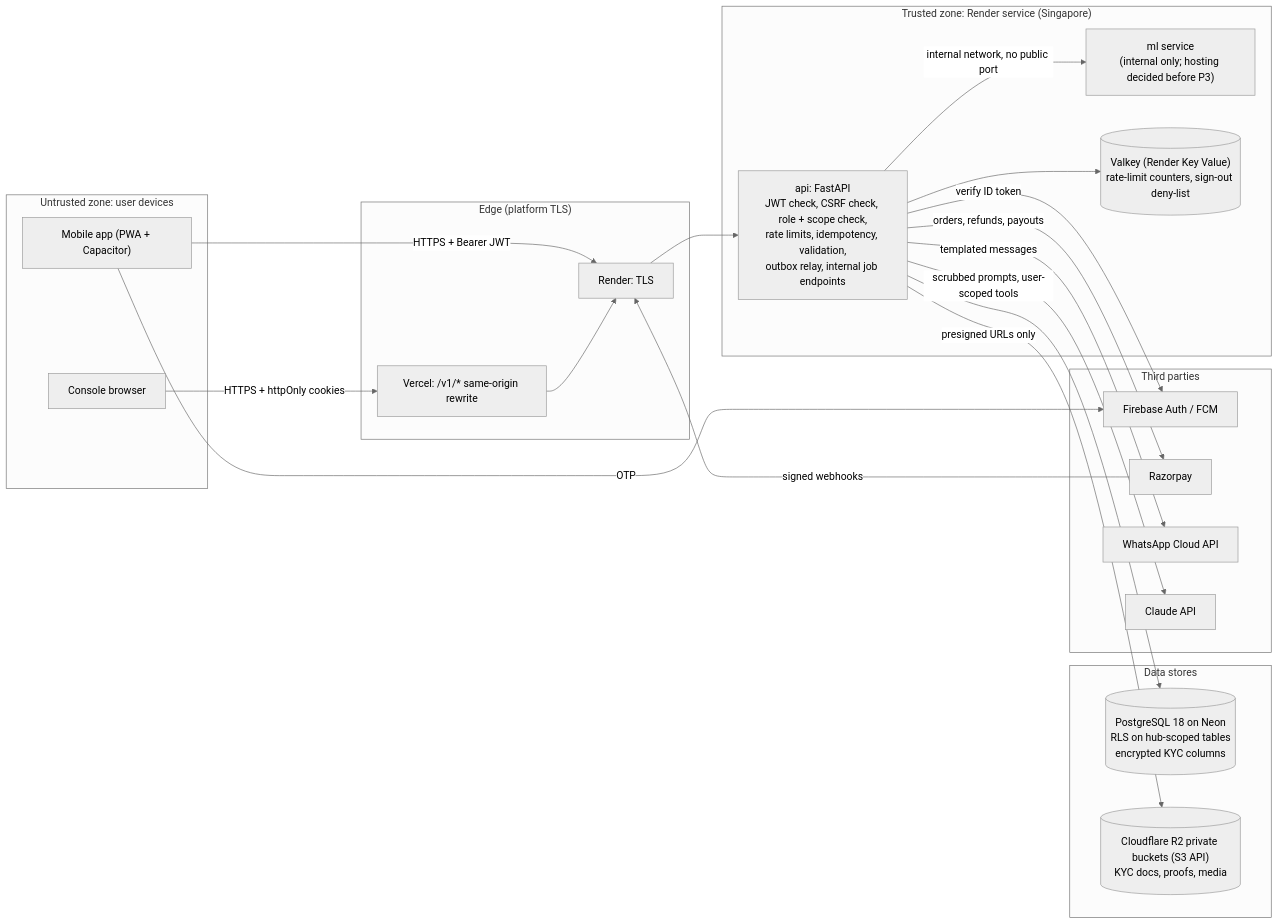
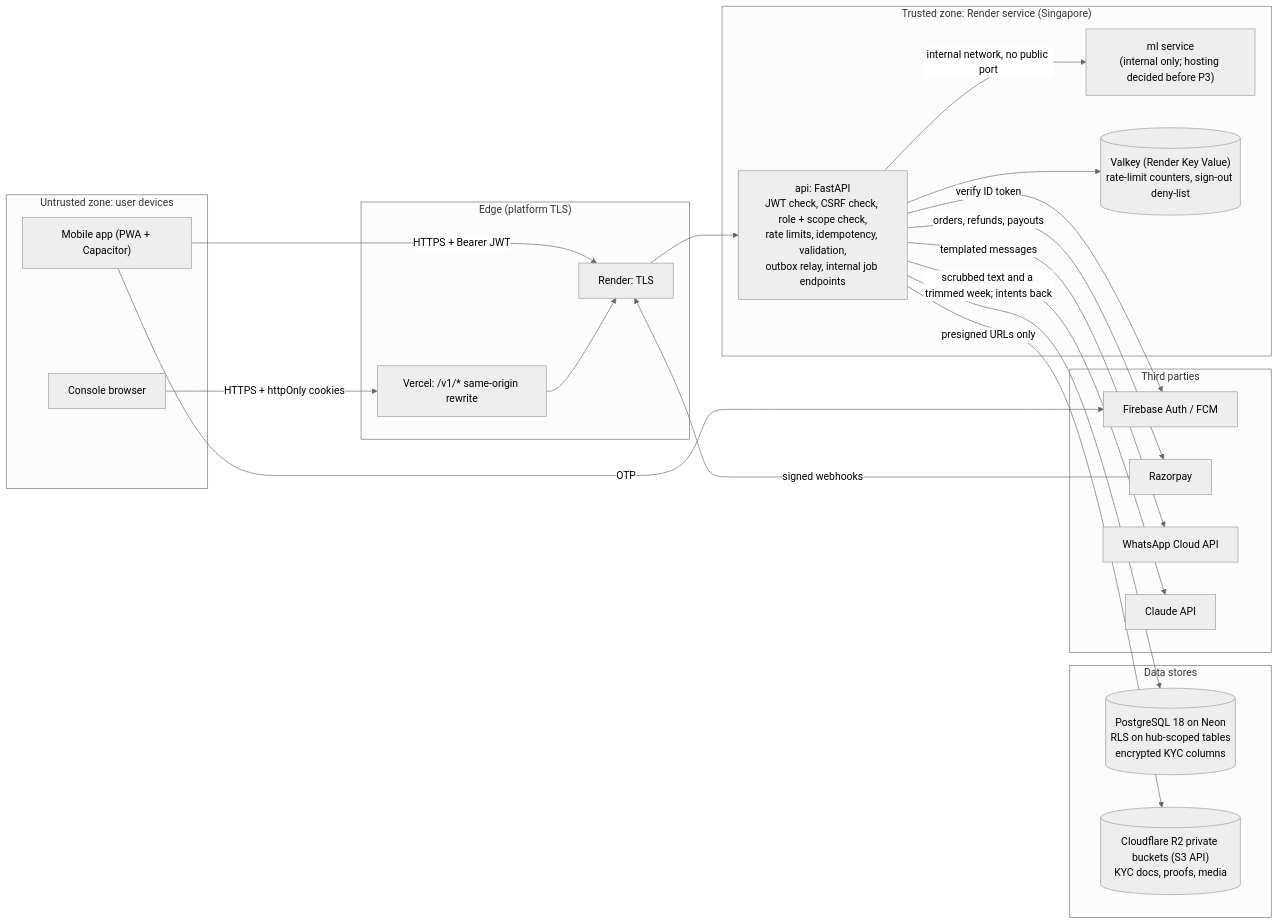
The diagram in docs/handbook/13-security-and-compliance.md (prelekar7/GharBasket), drawn with Mermaid (neutral theme) before and after one commit. The commit also changed other lines of this file and 5 other files, not shown here.

First line of the commit message:
docs(assistant): M13 §3 and the handbooks describe the 8 Oct data flow (scrubbed text and a trimmed week out, intents back, no callbacks)

````diff
--- a/docs/handbook/13-security-and-compliance.md
+++ b/docs/handbook/13-security-and-compliance.md
@@ -22,45 +22,45 @@
 ```mermaid
 flowchart LR
     subgraph Devices["Untrusted zone: user devices"]
         MOB["Mobile app (PWA + Capacitor)"]
         WEB["Console browser"]
     end
 
     subgraph Edge["Edge (platform TLS)"]
         VER["Vercel: /v1/* same-origin rewrite"]
         RTLS["Render: TLS"]
     end
 
     subgraph Trusted["Trusted zone: Render service (Singapore)"]
         API["api: FastAPI\nJWT check, CSRF check, role + scope check,\nrate limits, idempotency, validation,\noutbox relay, internal job endpoints"]
         ML["ml service\n(internal only; hosting decided before P3)"]
         VK[("Valkey (Render Key Value)\nrate-limit counters, sign-out deny-list")]
     end
 
     subgraph Data["Data stores"]
         PG[("PostgreSQL 18 on Neon\nRLS on hub-scoped tables\nencrypted KYC columns")]
         S3[("Cloudflare R2 private buckets (S3 API)\nKYC docs, proofs, media")]
     end
 
     subgraph External["Third parties"]
         FB["Firebase Auth / FCM"]
         RZP["Razorpay"]
         WA["WhatsApp Cloud API"]
         LLM["Claude API"]
     end
 
     MOB -- "HTTPS + Bearer JWT" --> RTLS
     WEB -- "HTTPS + httpOnly cookies" --> VER
     VER --> RTLS
     RTLS --> API
     API --> PG
     API --> VK
     API -- "presigned URLs only" --> S3
     API -- "internal network, no public port" --> ML
     MOB -- "OTP" --> FB
     API -- "verify ID token" --> FB
     RZP -- "signed webhooks" --> RTLS
     API -- "orders, refunds, payouts" --> RZP
     API -- "templated messages" --> WA
-    API -- "scrubbed prompts, user-scoped tools" --> LLM
+    API -- "scrubbed text and a trimmed week; intents back" --> LLM
 ```
````
